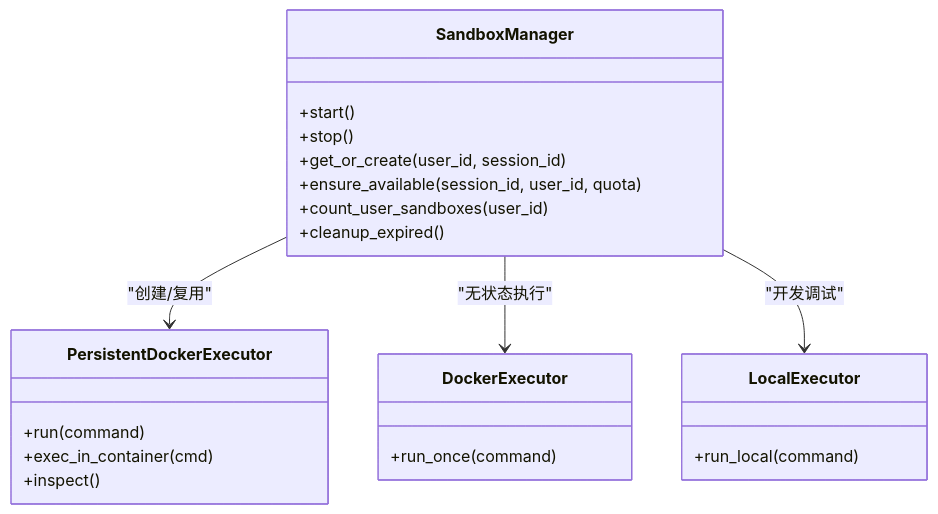
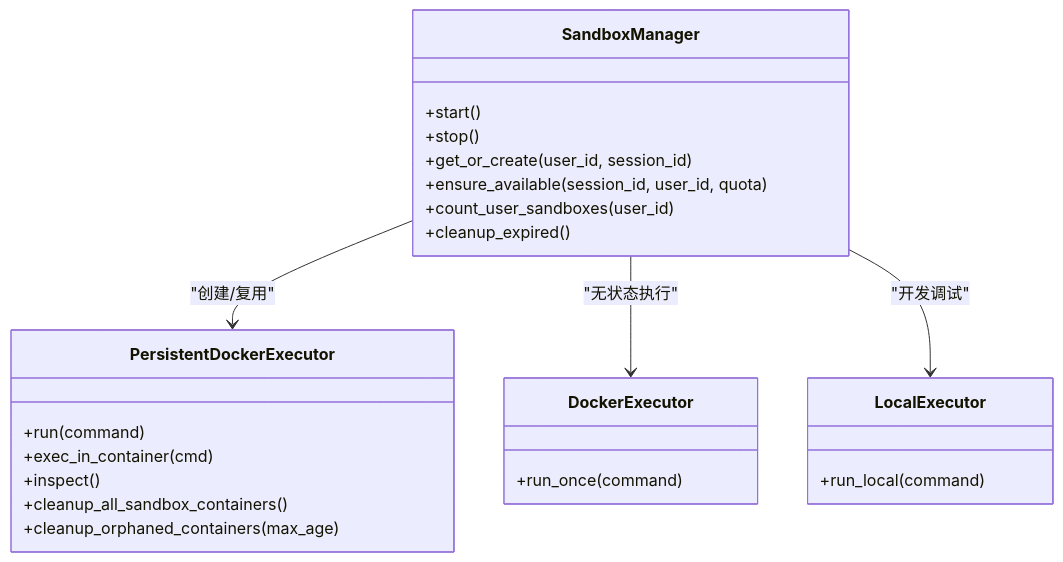
Before and after one commit to tianyehedashu/ai-agent: the third of 8 diagrams in .qoder/repowiki/zh/content/MCP工具系统/沙箱执行环境.md, drawn with Mermaid. The commit also changed other lines of this file and 25 other files, not shown here.

````diff
--- a/.qoder/repowiki/zh/content/MCP工具系统/沙箱执行环境.md
+++ b/.qoder/repowiki/zh/content/MCP工具系统/沙箱执行环境.md
@@ -135,25 +146,27 @@
 ```mermaid
 classDiagram
 class SandboxManager {
 +start()
 +stop()
 +get_or_create(user_id, session_id)
 +ensure_available(session_id, user_id, quota)
 +count_user_sandboxes(user_id)
 +cleanup_expired()
 }
 class PersistentDockerExecutor {
 +run(command)
 +exec_in_container(cmd)
 +inspect()
++cleanup_all_sandbox_containers()
++cleanup_orphaned_containers(max_age)
 }
 class DockerExecutor {
 +run_once(command)
 }
 class LocalExecutor {
 +run_local(command)
 }
 SandboxManager --> PersistentDockerExecutor : "创建/复用"
 SandboxManager --> DockerExecutor : "无状态执行"
 SandboxManager --> LocalExecutor : "开发调试"
 ```
````
